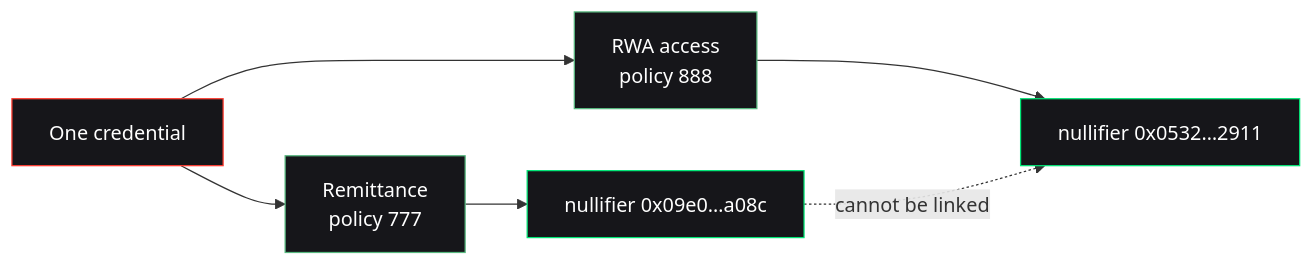
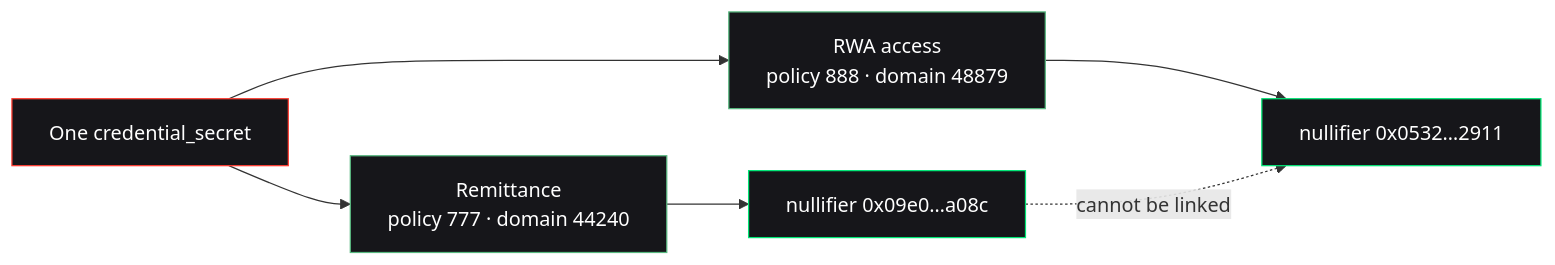
Before and after one commit to Enoch208/docs-starter: the diagram in build/examples.mdx, drawn with Mermaid. The commit also changed other lines of this file and 3 other files, not shown here.

Commit message:
Deepen examples, CLI, revocation, and unlinkability pages with worked examples and diagrams

````diff
--- a/build/examples.mdx
+++ b/build/examples.mdx
@@ -28,14 +81,14 @@
 ```mermaid
 flowchart LR
-    CRED["One credential"]
-    CRED --> R["Remittance<br/>policy 777"]
-    CRED --> A["RWA access<br/>policy 888"]
+    CRED["One credential_secret"]
+    CRED --> R["Remittance<br/>policy 777 · domain 44240"]
+    CRED --> A["RWA access<br/>policy 888 · domain 48879"]
     R --> NR["nullifier 0x09e0…a08c"]
     A --> NA["nullifier 0x0532…2911"]
     NR -.->|"cannot be linked"| NA
     style CRED fill:#16161a,stroke:#FF3B30,color:#fff
     style R fill:#16161a,stroke:#57B87F,color:#fff
     style A fill:#16161a,stroke:#57B87F,color:#fff
     style NR fill:#16161a,stroke:#00E676,color:#fff
     style NA fill:#16161a,stroke:#00E676,color:#fff
 ```
````
